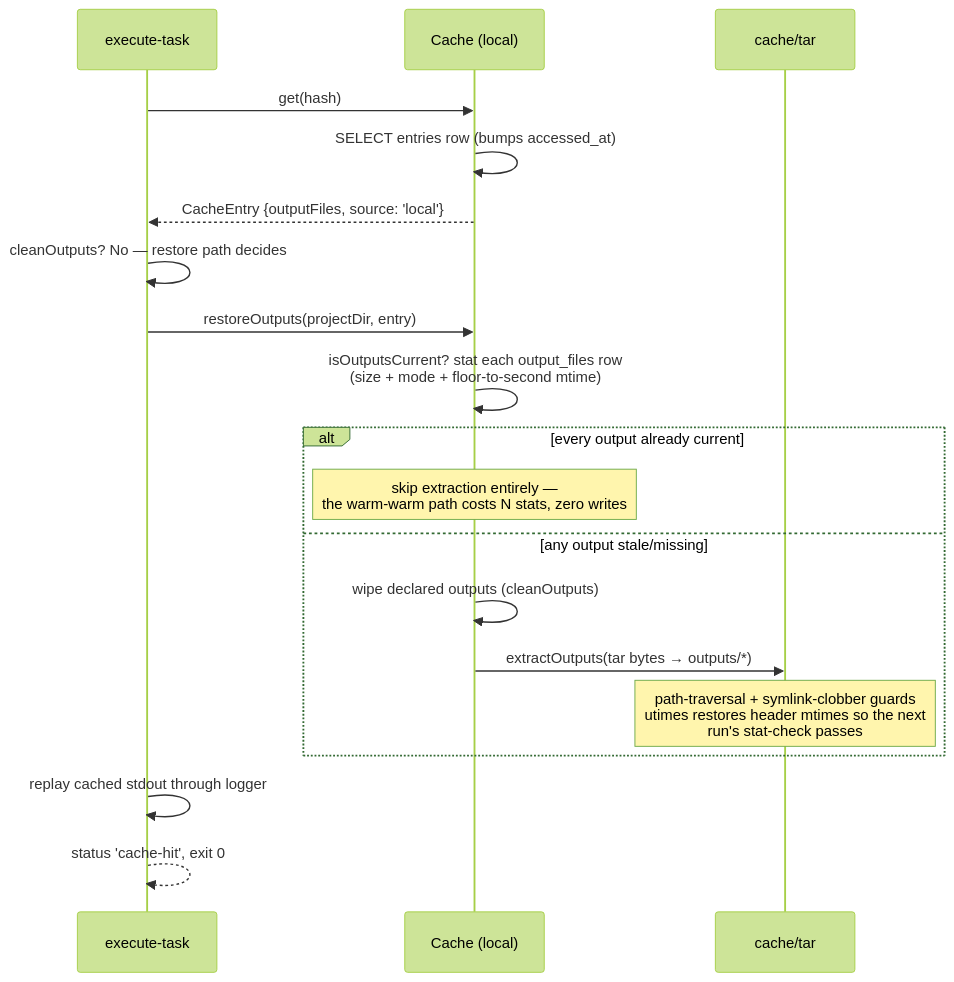
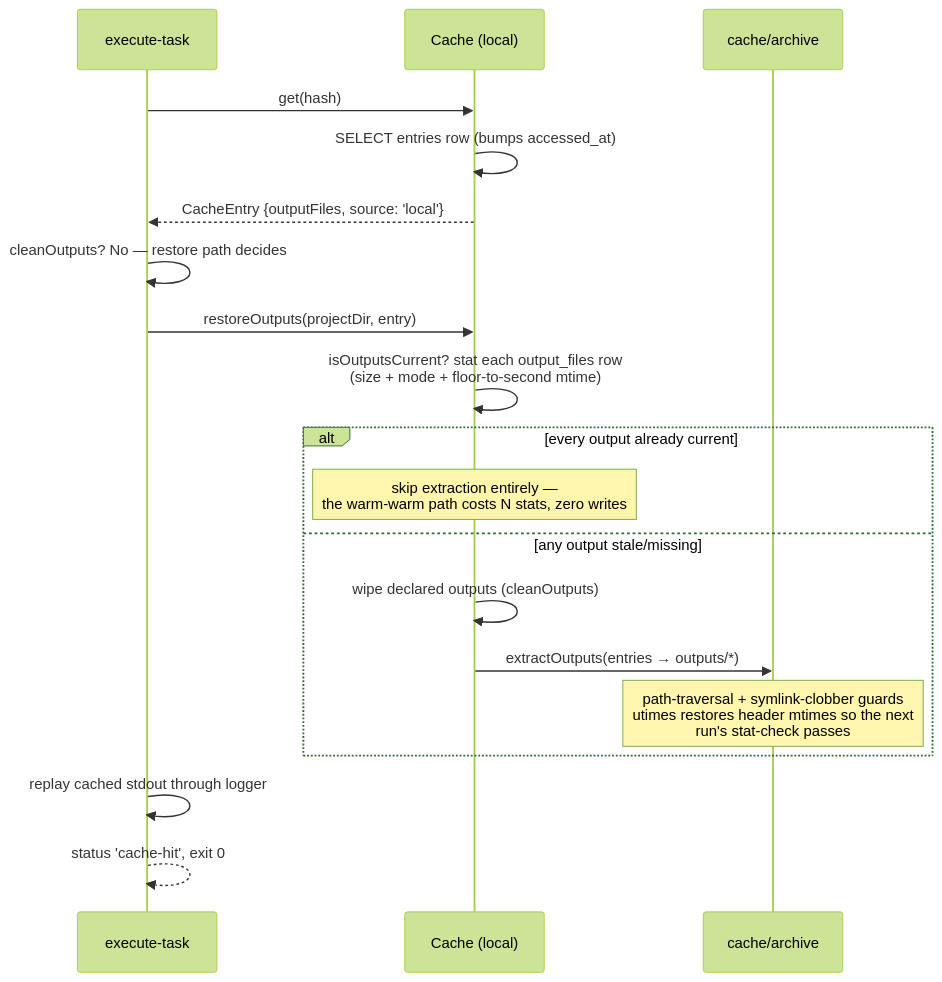
The second of 10 diagrams in docs/flows.md (vznjs/vx), drawn with Mermaid (forest theme) before and after one commit. The commit also changed other lines of this file and 26 other files, not shown here.

````diff
--- a/docs/flows.md
+++ b/docs/flows.md
@@ -50,22 +50,22 @@
 ```mermaid
 sequenceDiagram
     participant X as execute-task
     participant C as Cache (local)
-    participant T as cache/tar
+    participant T as cache/archive
 
     X->>C: get(hash)
     C->>C: SELECT entries row (bumps accessed_at)
     C-->>X: CacheEntry {outputFiles, source: 'local'}
     X->>X: cleanOutputs? No — restore path decides
     X->>C: restoreOutputs(projectDir, entry)
     C->>C: isOutputsCurrent? stat each output_files row<br/>(size + mode + floor-to-second mtime)
     alt every output already current
         Note over C: skip extraction entirely —<br/>the warm-warm path costs N stats, zero writes
     else any output stale/missing
         C->>C: wipe declared outputs (cleanOutputs)
-        C->>T: extractOutputs(tar bytes → outputs/*)
+        C->>T: extractOutputs(entries → outputs/*)
         Note over T: path-traversal + symlink-clobber guards<br/>utimes restores header mtimes so the next<br/>run's stat-check passes
     end
     X->>X: replay cached stdout through logger
     X-->>X: status 'cache-hit', exit 0
 ```
````
